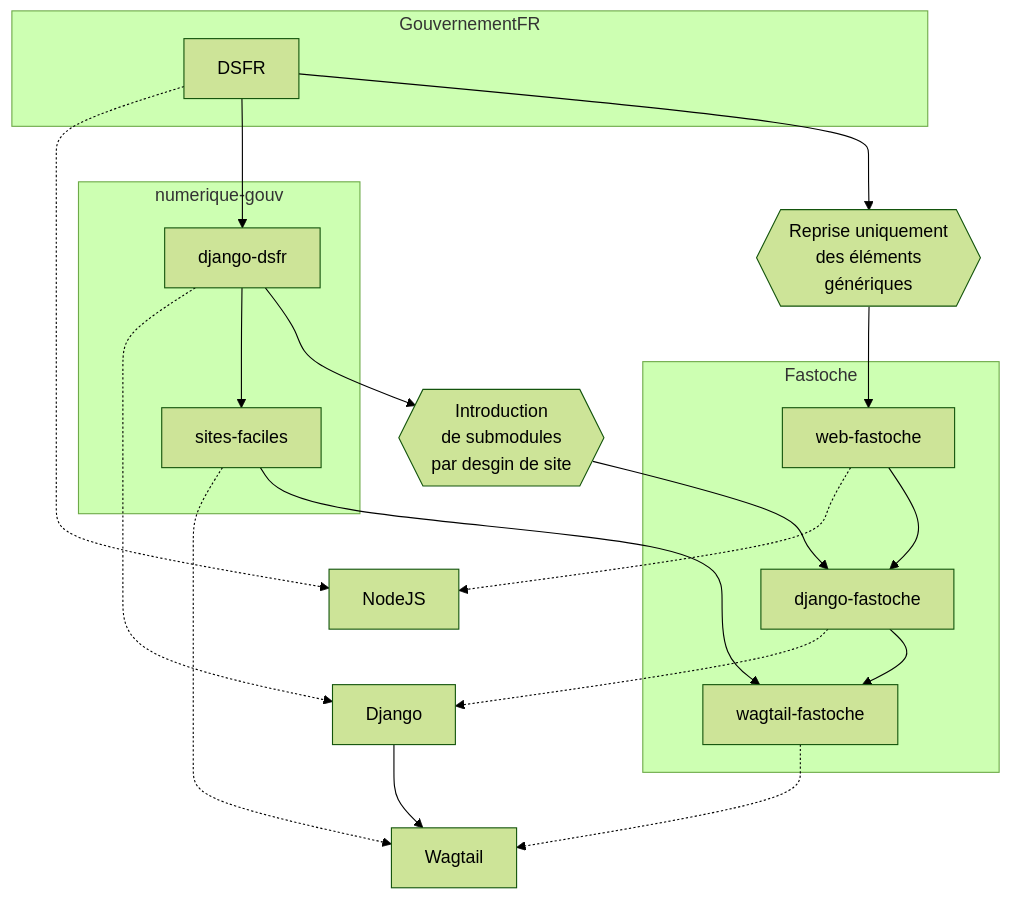
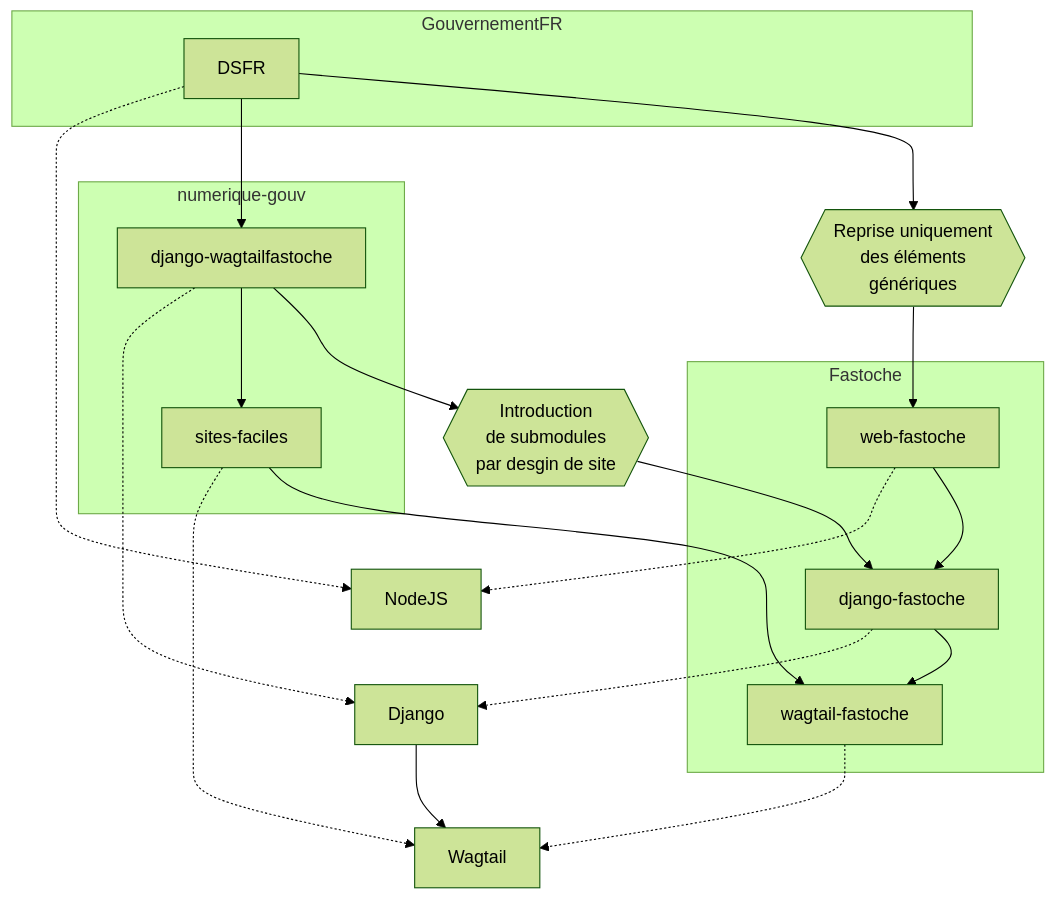
Before and after one commit to chris2fr/wagtail-village: the diagram in workshop/architecture.mmd, drawn with Mermaid. The commit also changed 14 other files, not shown here.

```diff
--- a/workshop/architecture.mmd
+++ b/workshop/architecture.mmd
@@ -1,36 +1,36 @@
 %%{init: {'theme': 'forest', "flowchart" : { "curve" : "basis" } } }%%
 flowchart TD
 
 subgraph GouvernementFR
 	DSFR
 end
 subgraph numerique-gouv
-	django-dsfr
+	django-wagtailfastoche
 	sites-faciles
 end
 subgraph Fastoche 
 	web-fastoche
 	django-fastoche
 	wagtail-fastoche
 end
 
 
-django-dsfr -.-> Django 
+django-wagtailfastoche -.-> Django 
  sites-faciles-.-> Wagtail 
  django-fastoche -.-> Django
 wagtail-fastoche -.-> Wagtail 
 DSFR -.-> NodeJS 
 web-fastoche  -.-> NodeJS 
 
-DSFR --> django-dsfr
-django-dsfr --> sites-faciles
+DSFR --> django-wagtailfastoche
+django-wagtailfastoche --> sites-faciles
 DSFR --> uniquement-generique{{Reprise uniquement\ndes éléments\ngénériques}}
 uniquement-generique --> web-fastoche
 web-fastoche --> django-fastoche
 
-django-dsfr --> intro-submodules{{Introduction\nde submodules\npar desgin de site}}
+django-wagtailfastoche --> intro-submodules{{Introduction\nde submodules\npar desgin de site}}
 intro-submodules --> django-fastoche
 django-fastoche --> wagtail-fastoche
 sites-faciles --> wagtail-fastoche
 
 Django --> Wagtail
```
